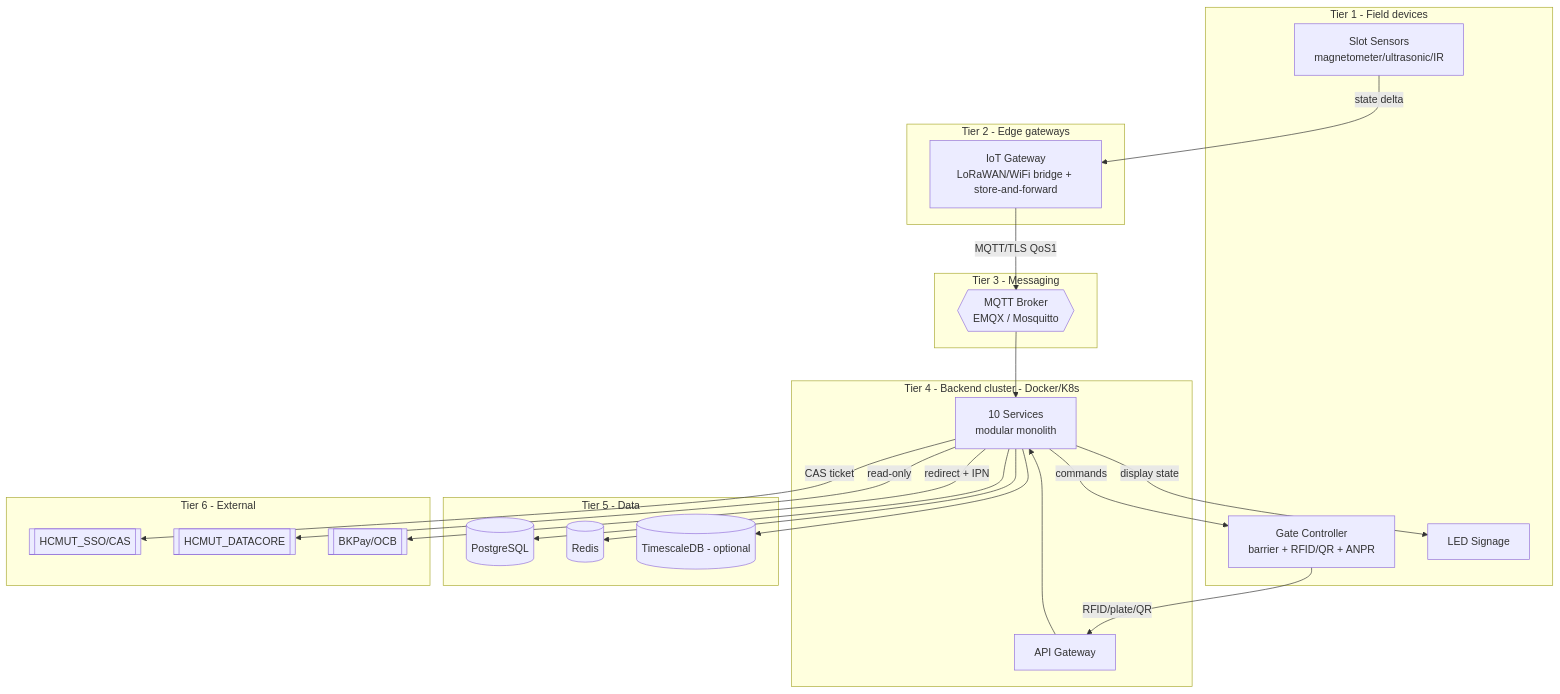
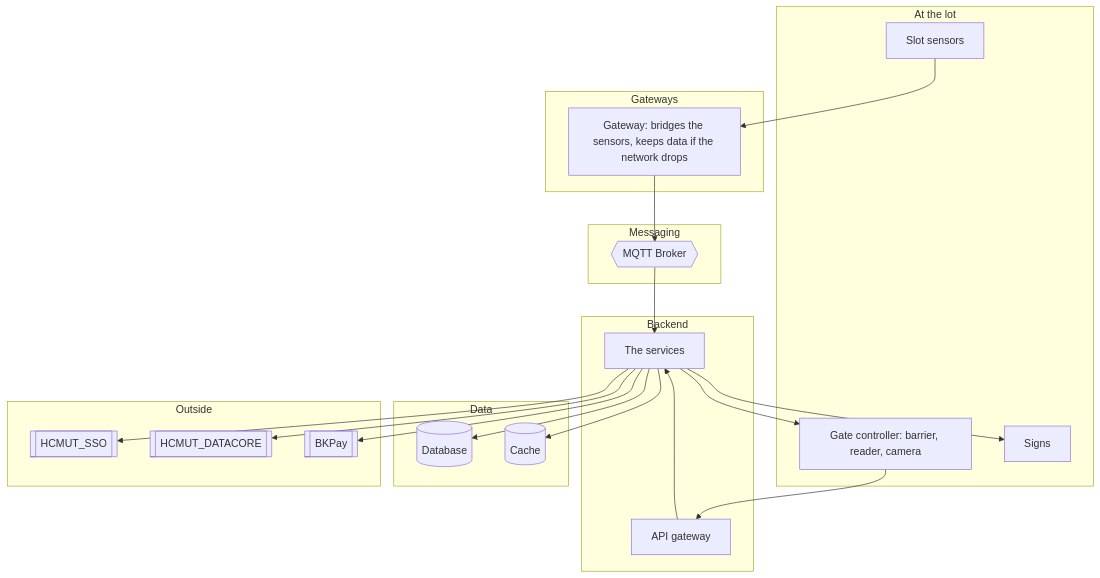
Before and after one commit to XeminoL/SmartParking_-IoT-SPMS-: the second of 4 diagrams in docs/03-design.md, drawn with Mermaid. The commit also changed other lines of this file and 14 other files, not shown here.

````diff
--- a/docs/03-design.md
+++ b/docs/03-design.md
@@ -120,42 +114,40 @@
 ```mermaid
 flowchart TB
-    subgraph T1 [Tier 1 - Field devices]
-        S1[Slot Sensors<br/>magnetometer/ultrasonic/IR]
-        GC[Gate Controller<br/>barrier + RFID/QR + ANPR]
-        LED[LED Signage]
+    subgraph Field [At the lot]
+        S1[Slot sensors]
+        GC[Gate controller: barrier, reader, camera]
+        LED[Signs]
     end
-    subgraph T2 [Tier 2 - Edge gateways]
-        EG[IoT Gateway<br/>LoRaWAN/WiFi bridge + store-and-forward]
+    subgraph Edge [Gateways]
+        EG[Gateway: bridges the sensors, keeps data if the network drops]
     end
-    subgraph T3 [Tier 3 - Messaging]
-        MB{{MQTT Broker<br/>EMQX / Mosquitto}}
+    subgraph Msg [Messaging]
+        MB{{MQTT Broker}}
     end
-    subgraph T4 [Tier 4 - Backend cluster - Docker/K8s]
-        APIGW[API Gateway]
-        SVC[10 Services<br/>modular monolith]
+    subgraph Back [Backend]
+        APIGW[API gateway]
+        SVC[The services]
     end
-    subgraph T5 [Tier 5 - Data]
-        PG[(PostgreSQL)]
-        RD[(Redis)]
-        TS[(TimescaleDB - optional)]
+    subgraph DataT [Data]
+        PG[(Database)]
+        RD[(Cache)]
     end
-    subgraph T6 [Tier 6 - External]
-        CAS[[HCMUT_SSO/CAS]]
+    subgraph Ext [Outside]
+        CAS[[HCMUT_SSO]]
         DC[[HCMUT_DATACORE]]
-        BK[[BKPay/OCB]]
+        BK[[BKPay]]
     end
 
-    S1 -->|state delta| EG
-    GC -->|RFID/plate/QR| APIGW
-    EG -->|MQTT/TLS QoS1| MB
+    S1 --> EG
+    GC --> APIGW
+    EG --> MB
     MB --> SVC
     APIGW --> SVC
     SVC --> PG
     SVC --> RD
-    SVC --> TS
-    SVC -->|CAS ticket| CAS
-    SVC -->|read-only| DC
-    SVC -->|redirect + IPN| BK
-    SVC -->|commands| GC
-    SVC -->|display state| LED
+    SVC --> CAS
+    SVC --> DC
+    SVC --> BK
+    SVC --> GC
+    SVC --> LED
 ```
````
